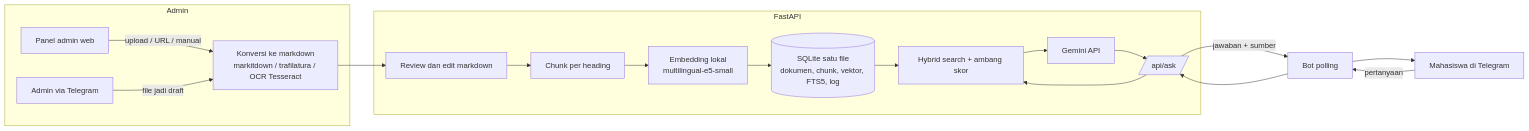
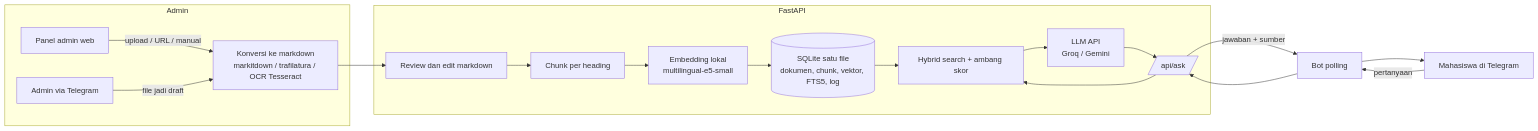
The diagram in README.md (rafisjakha/Tanya-Kampus), drawn with Mermaid before and after one commit. The commit also changed other lines of this file and 9 other files, not shown here.

Commit message:
feat: Penyesuaian infrastruktur untuk API Groq

````diff
--- a/README.md
+++ b/README.md
@@ -21,20 +21,20 @@
 ```mermaid
 flowchart LR
     subgraph Admin
       A[Panel admin web] -->|upload / URL / manual| I
       T[Admin via Telegram] -->|file jadi draft| I
     end
     subgraph API[FastAPI]
       I[Konversi ke markdown<br/>markitdown / trafilatura / OCR Tesseract] --> R[Review dan edit markdown]
       R --> C[Chunk per heading]
       C --> E[Embedding lokal<br/>multilingual-e5-small]
       E --> DB[(SQLite satu file<br/>dokumen, chunk, vektor, FTS5, log)]
       Q[/api/ask/] --> S[Hybrid search + ambang skor]
       DB --> S
-      S --> G[Gemini API]
+      S --> G[LLM API<br/>Groq / Gemini]
       G --> Q
     end
     U[Mahasiswa di Telegram] -->|pertanyaan| B[Bot polling]
     B --> Q
     Q -->|jawaban + sumber| B --> U
 ```
````
